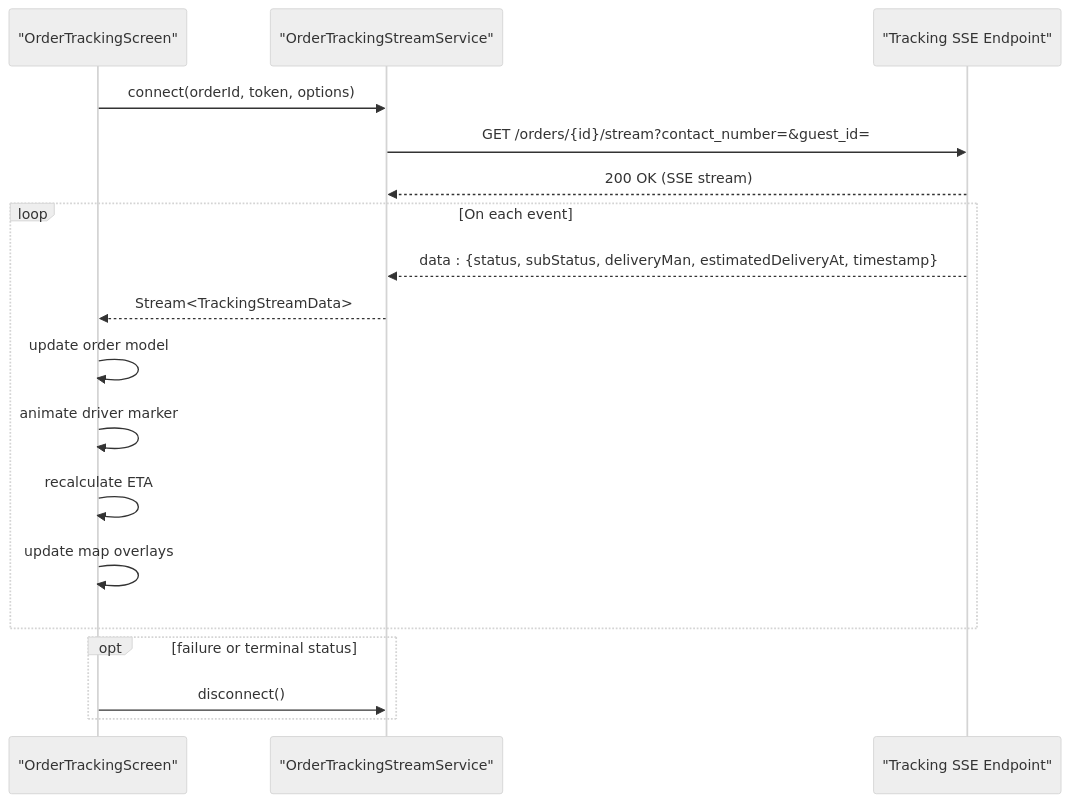
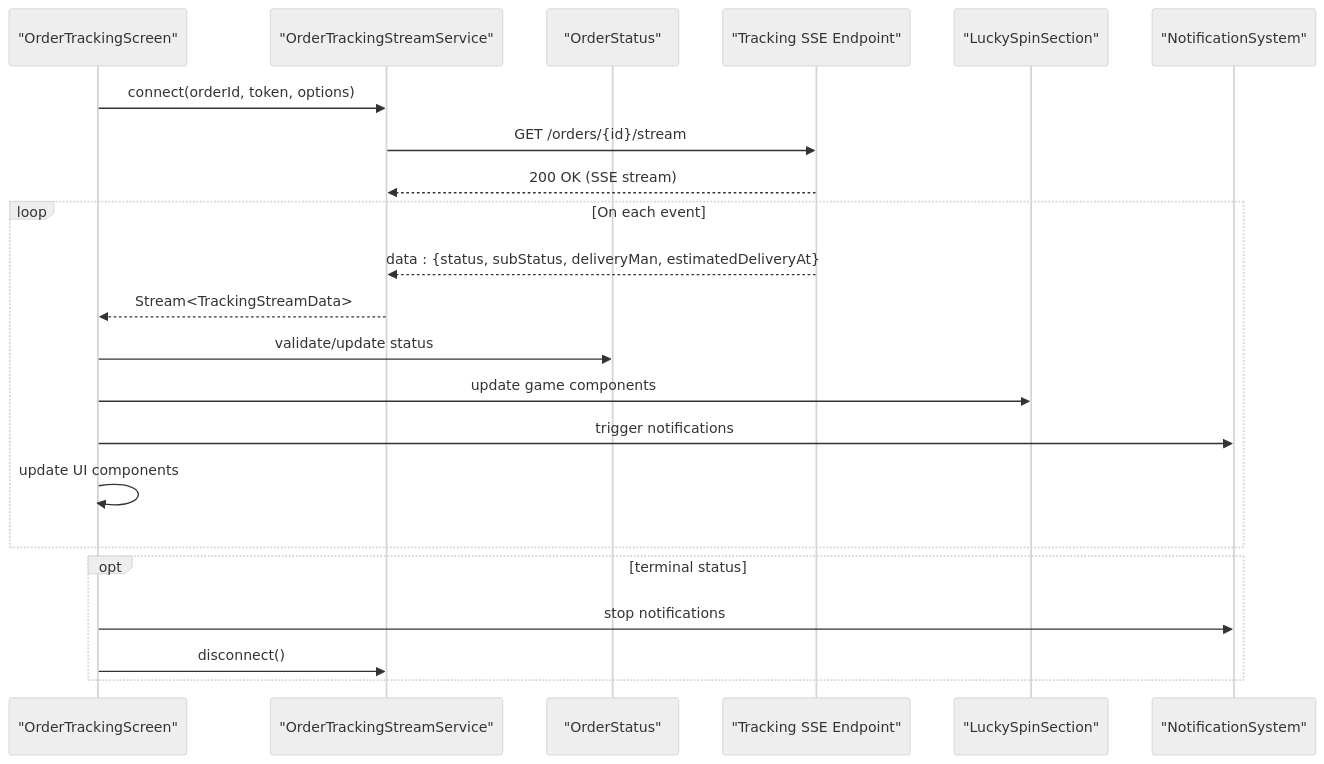
The second of 8 diagrams in .qoder/repowiki/en/content/Order Management/Order Tracking.md (Hamdies/waddy_user), drawn with Mermaid (neutral theme) before and after one commit. The commit also changed other lines of this file and 773 other files, not shown here.

````diff
--- a/.qoder/repowiki/en/content/Order Management/Order Tracking.md
+++ b/.qoder/repowiki/en/content/Order Management/Order Tracking.md
@@ -100,20 +144,24 @@
 ```mermaid
 sequenceDiagram
 participant Client as "OrderTrackingScreen"
 participant Service as "OrderTrackingStreamService"
+participant Status as "OrderStatus"
 participant Backend as "Tracking SSE Endpoint"
+participant Lucky as "LuckySpinSection"
+participant Notify as "NotificationSystem"
 Client->>Service : connect(orderId, token, options)
-Service->>Backend : GET /orders/{id}/stream?contact_number=&guest_id=
+Service->>Backend : GET /orders/{id}/stream
 Backend-->>Service : 200 OK (SSE stream)
 loop On each event
-Backend-->>Service : data : {status, subStatus, deliveryMan, estimatedDeliveryAt, timestamp}
+Backend-->>Service : data : {status, subStatus, deliveryMan, estimatedDeliveryAt}
 Service-->>Client : Stream<TrackingStreamData>
-Client->>Client : update order model
-Client->>Client : animate driver marker
-Client->>Client : recalculate ETA
-Client->>Client : update map overlays
+Client->>Status : validate/update status
+Client->>Lucky : update game components
+Client->>Notify : trigger notifications
+Client->>Client : update UI components
 end
-opt failure or terminal status
+opt terminal status
+Client->>Notify : stop notifications
 Client->>Service : disconnect()
 end
 ```
````
